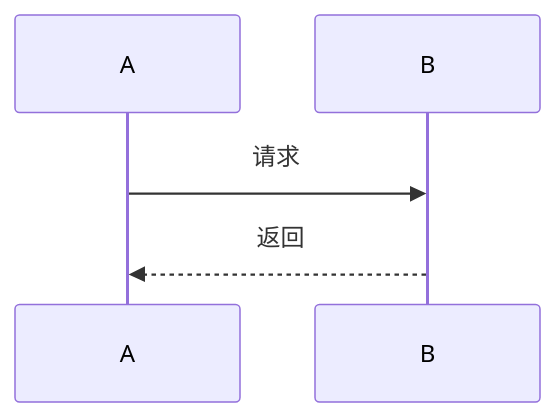
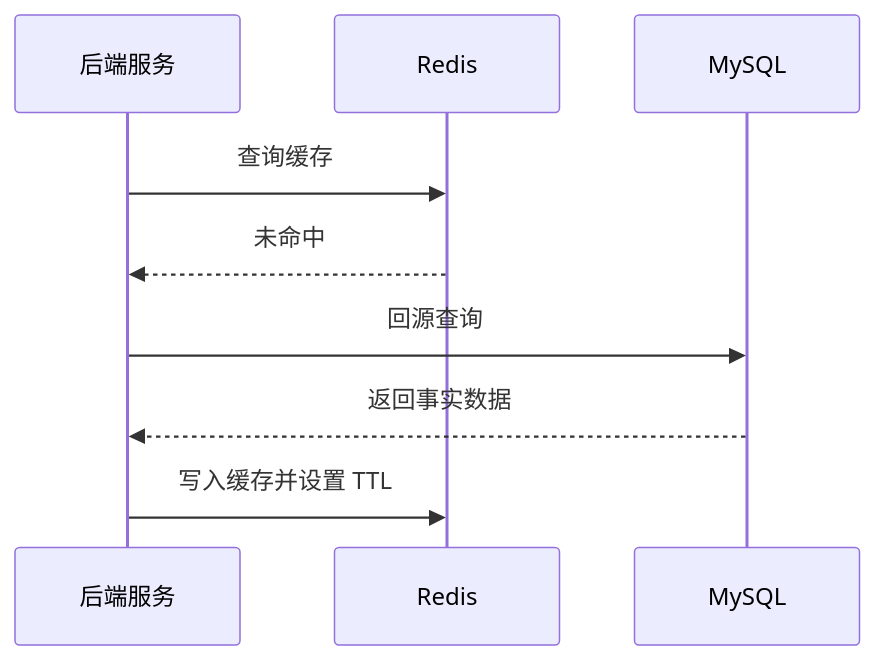
Before and after one commit to zdl20251023-pixel/agent-frame: the second of 2 diagrams in docs/redis/008-redis知识点学习模板：证据标注版.md, drawn with Mermaid. The commit also changed other lines of this file, not shown here.

````diff
--- a/docs/redis/008-redis知识点学习模板：证据标注版.md
+++ b/docs/redis/008-redis知识点学习模板：证据标注版.md
@@ -426,7 +762,12 @@
 ```mermaid
 sequenceDiagram
-    participant A as A
-    participant B as B
-    A->>B: 请求
-    B-->>A: 返回
+    participant API as 后端服务
+    participant Redis as Redis
+    participant MySQL as MySQL
+
+    API->>Redis: 查询缓存
+    Redis-->>API: 未命中
+    API->>MySQL: 回源查询
+    MySQL-->>API: 返回事实数据
+    API->>Redis: 写入缓存并设置 TTL
 ```
````
